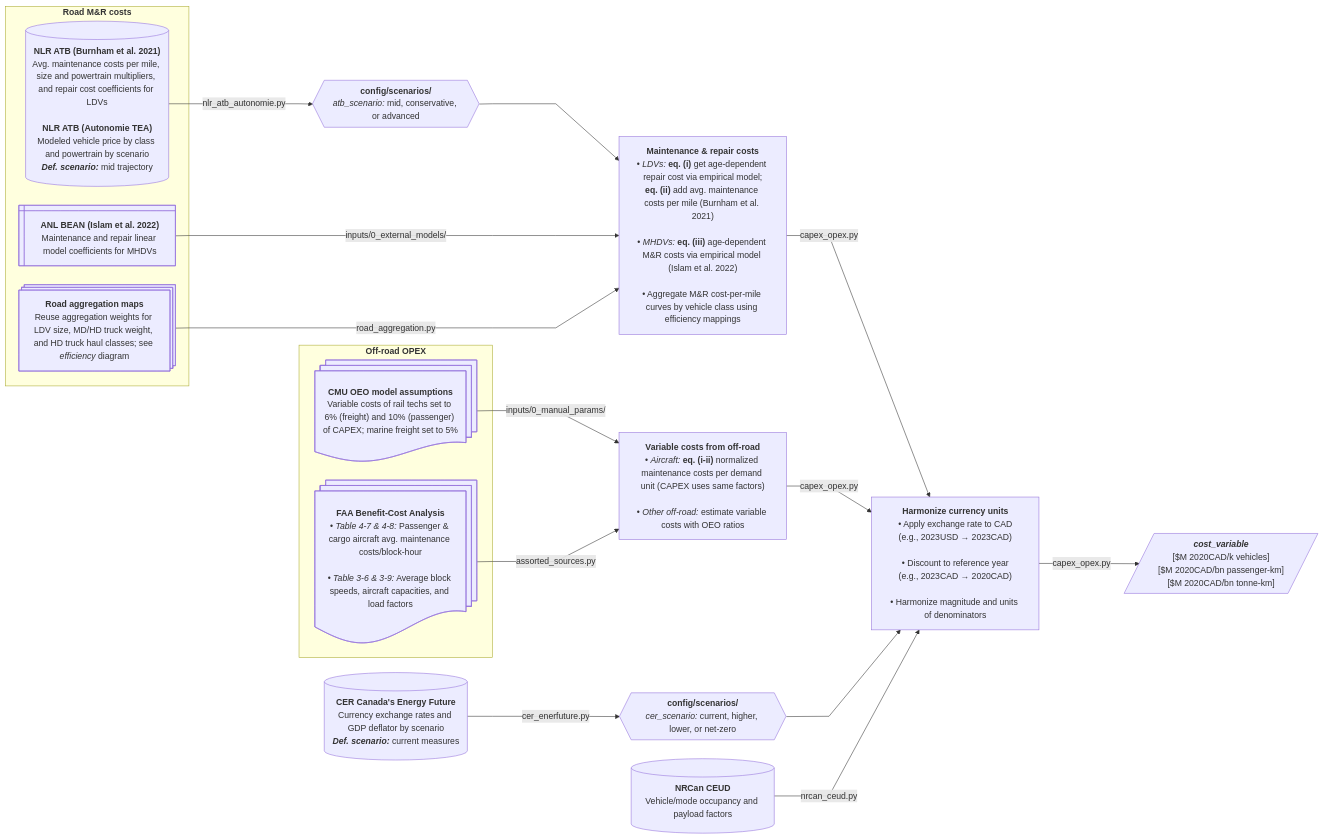
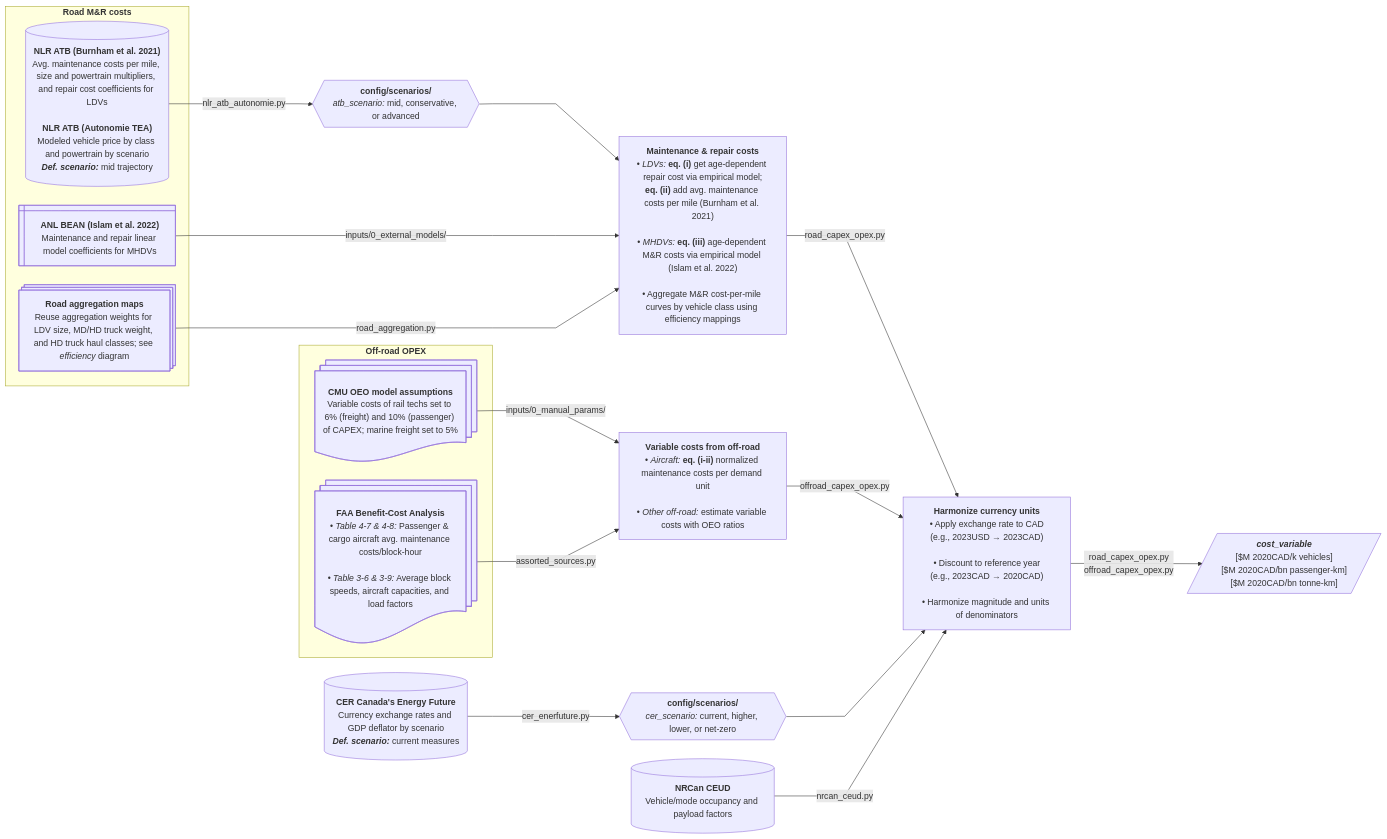
The eighth of 12 diagrams in docs/etl_flowcharts.md (CANOE-main/canoe-transportation), drawn with Mermaid before and after one commit. The commit also changed other lines of this file and 34 other files, not shown here.

```diff
--- a/docs/etl_flowcharts.md
+++ b/docs/etl_flowcharts.md
@@ -667,7 +692,7 @@
 
   %% ########### Processes ###########
   p3["`**Variable costs from off-road**
-    • *Aircraft:* **eq. (i-ii)** normalized maintenance costs per demand unit (CAPEX uses same factors)<br>
+    • *Aircraft:* **eq. (i-ii)** normalized maintenance costs per demand unit<br>
     • *Other off-road:* estimate variable costs with OEO ratios`"]
   s7 -- inputs/0_manual_params/ --> p3
   s8 -- assorted_sources.py --> p3
@@ -711,12 +736,13 @@
     • Discount to reference year
     (e.g., 2023CAD → 2020CAD)<br>
     • Harmonize magnitude and units of denominators`"]
-  p2 -- capex_opex.py --> p4
-  p3 -- capex_opex.py --> p4
+  p2 -- road_capex_opex.py --> p4
+  p3 -- offroad_capex_opex.py --> p4
   s0 -- cer_enerfuture.py --> p0 --> p4
   s9 -- nrcan_ceud.py --> p4
 
-  p4 -- capex_opex.py --> o1[/"`***cost_variable***
+  p4 -- road_capex_opex.py
+  offroad_capex_opex.py --> o1[/"`***cost_variable***
     [$M 2020CAD/k vehicles]
     [$M 2020CAD/bn passenger-km]
     [$M 2020CAD/bn tonne-km]`"/]
```
